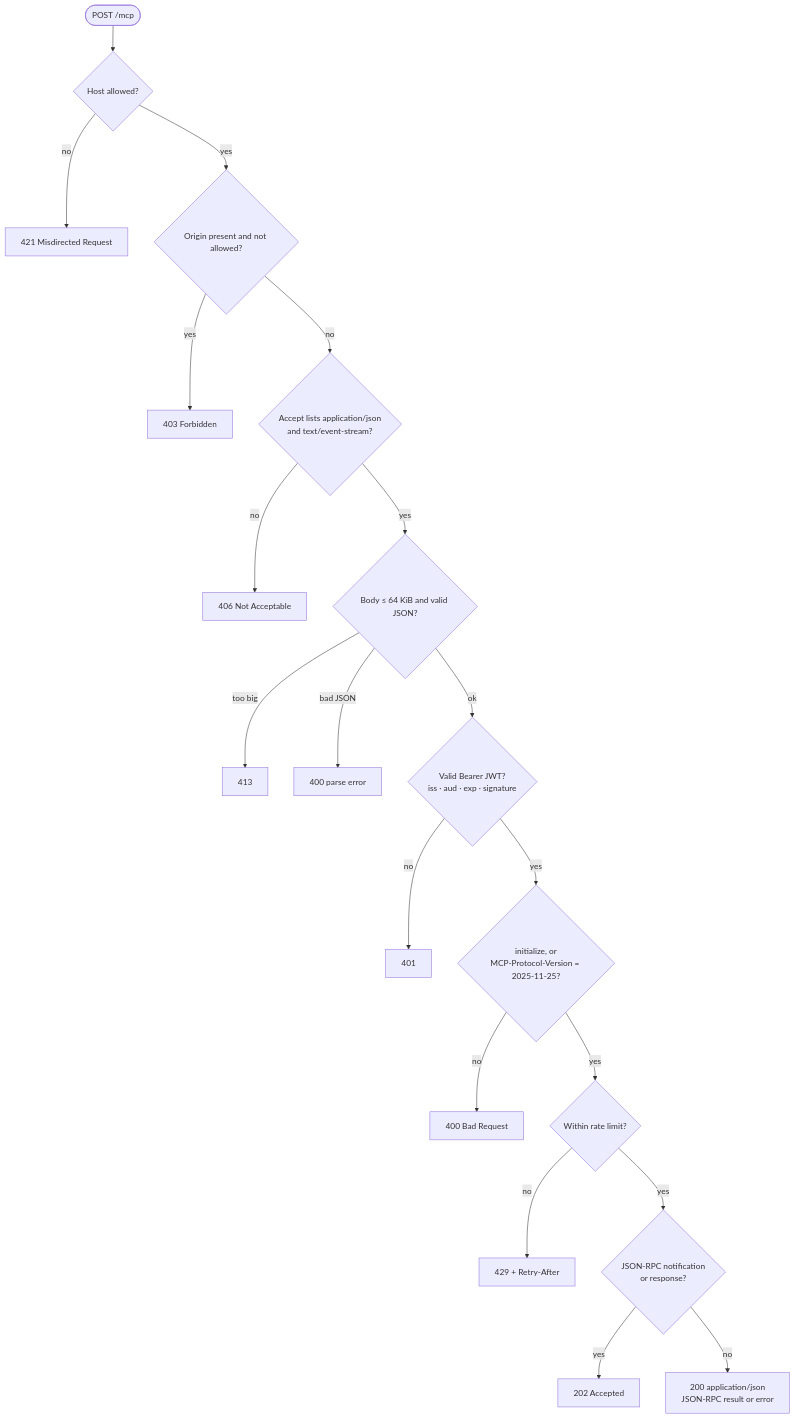
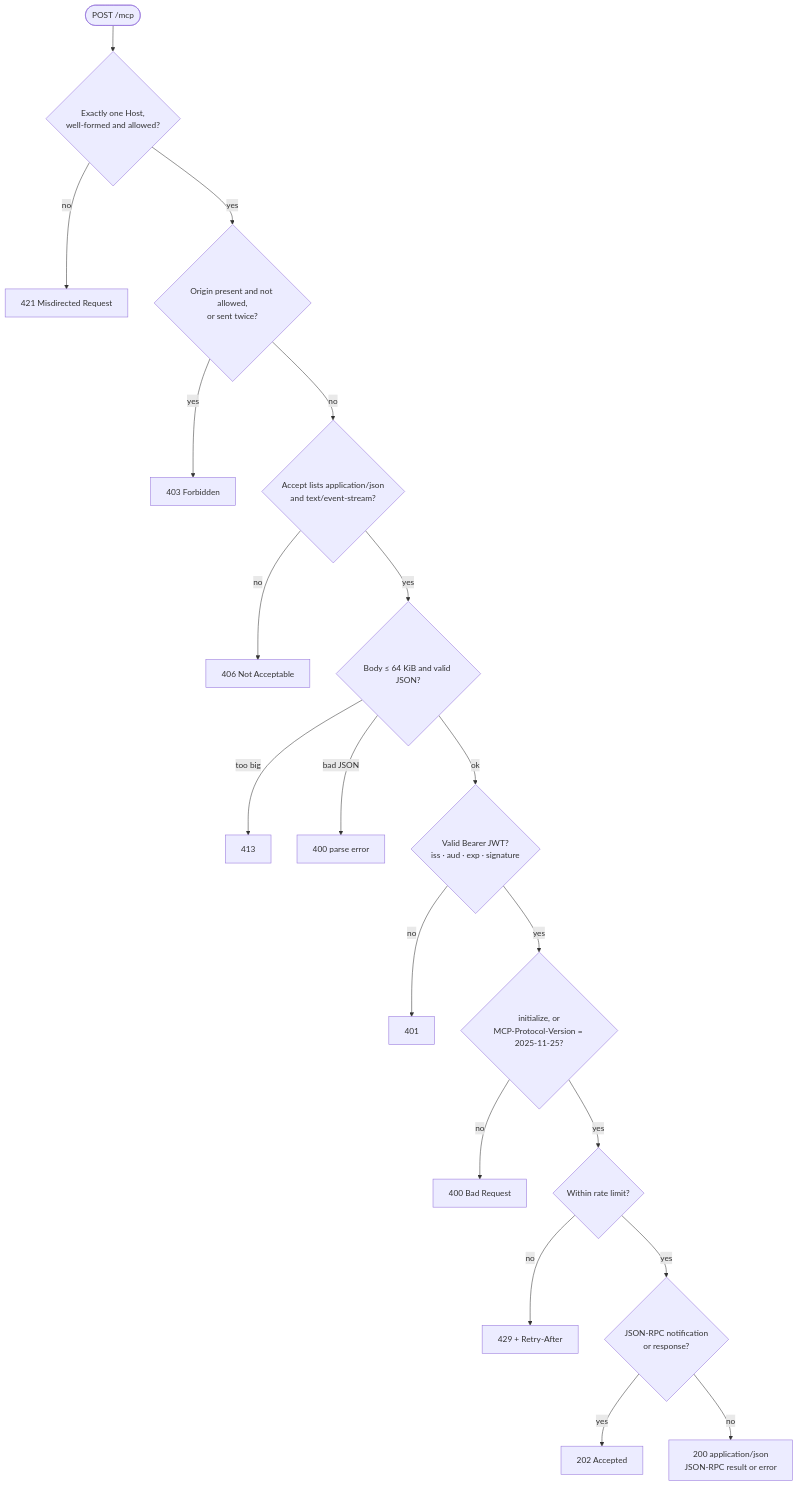
One commit to BugHunterX2101/watchfloor changed the third of 21 diagrams in README.md. Above: the diagram before and after it, drawn with Mermaid. The commit also changed other lines of this file and 28 other files, not shown here.

````diff
--- a/README.md
+++ b/README.md
@@ -217,21 +217,21 @@
 ```mermaid
 flowchart TD
-  S(["POST /mcp"]) --> H{"Host allowed?"}
+  S(["POST /mcp"]) --> H{"Exactly one Host,<br/>well-formed and allowed?"}
   H -- no --> R421["421 Misdirected Request"]
-  H -- yes --> O{"Origin present and not allowed?"}
+  H -- yes --> O{"Origin present and not allowed,<br/>or sent twice?"}
   O -- yes --> R403["403 Forbidden"]
   O -- no --> AC{"Accept lists application/json<br/>and text/event-stream?"}
   AC -- no --> R406["406 Not Acceptable"]
   AC -- yes --> SZ{"Body ≤ 64 KiB and valid JSON?"}
   SZ -- "too big" --> R413["413"]
   SZ -- "bad JSON" --> R400a["400 parse error"]
   SZ -- ok --> T{"Valid Bearer JWT?<br/>iss · aud · exp · signature"}
   T -- no --> R401["401"]
   T -- yes --> V{"initialize, or<br/>MCP-Protocol-Version = 2025-11-25?"}
   V -- no --> R400b["400 Bad Request"]
   V -- yes --> RL{"Within rate limit?"}
   RL -- no --> R429["429 + Retry-After"]
   RL -- yes --> N{"JSON-RPC notification<br/>or response?"}
   N -- yes --> R202["202 Accepted"]
   N -- no --> OK["200 application/json<br/>JSON-RPC result or error"]
 ```
````
